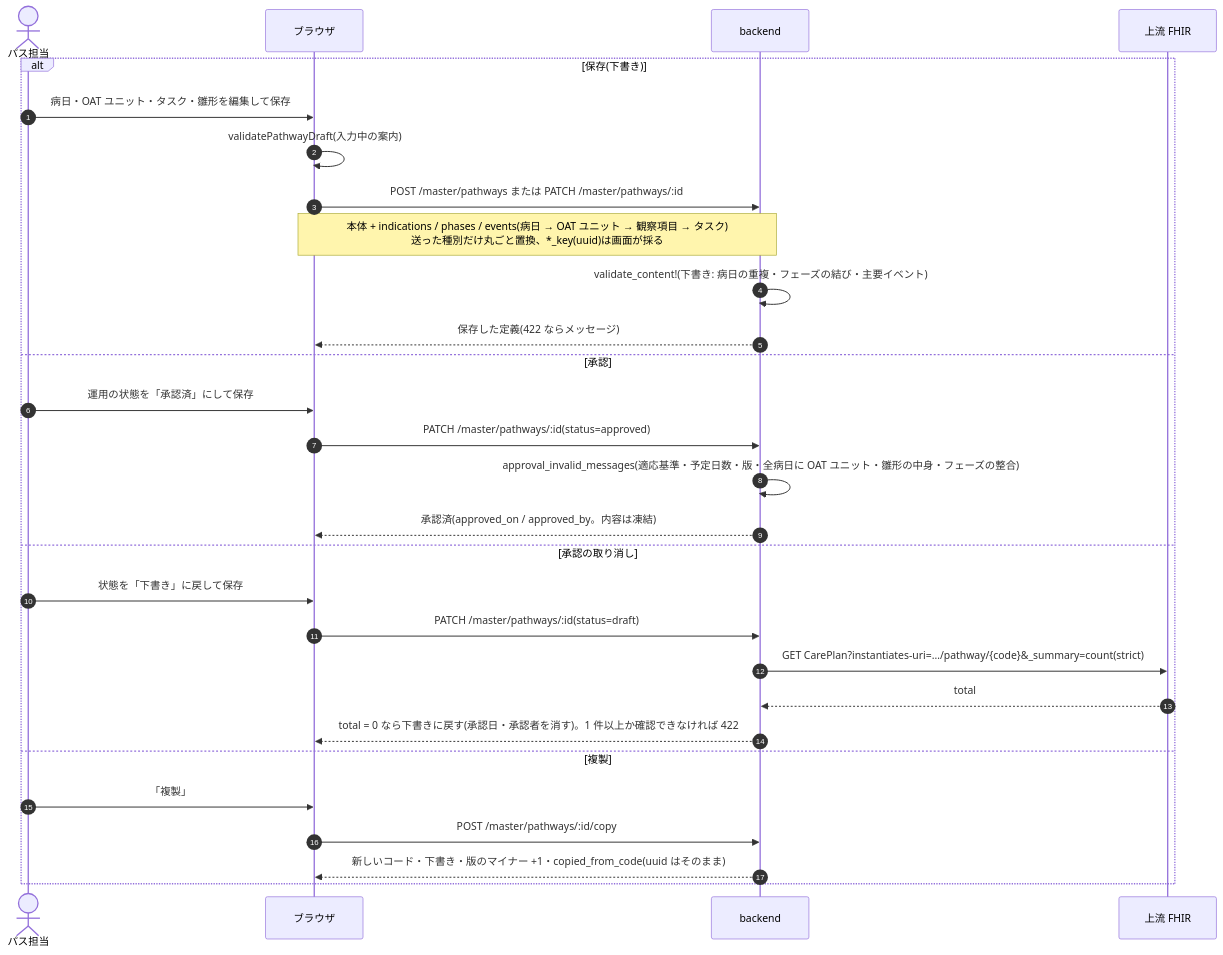
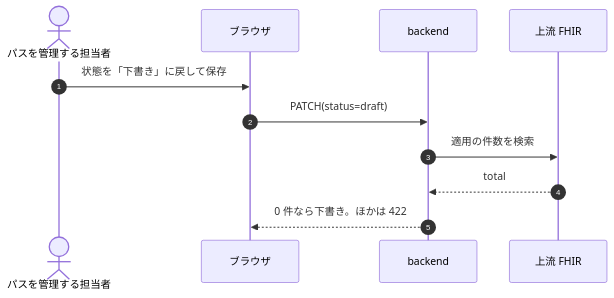
Before and after one commit to ysnr-dev/fhir-client-docs: the third of 12 diagrams in docs/dev/clinical-pathway.md, drawn with Mermaid. The commit also changed other lines of this file and 43 other files, not shown here.

Commit message:
docs: 業務フローとシーケンス図を写し直し

````diff
--- a/docs/dev/clinical-pathway.md
+++ b/docs/dev/clinical-pathway.md
@@ -70,32 +295,14 @@
 ```mermaid
 sequenceDiagram
   autonumber
-  actor Adm as パス担当
+  actor Adm as パスを管理する担当者
   participant UI as ブラウザ
   participant BE as backend
   participant FHIR as 上流 FHIR
 
-  alt 保存(下書き)
-    Adm->>UI: 病日・OAT ユニット・タスク・雛形を編集して保存
-    UI->>UI: validatePathwayDraft(入力中の案内)
-    UI->>BE: POST /master/pathways または PATCH /master/pathways/:id
-    Note over UI,BE: 本体 + indications / phases / events(病日 → OAT ユニット → 観察項目 → タスク)<br/>送った種別だけ丸ごと置換、*_key(uuid)は画面が採る
-    BE->>BE: validate_content!(下書き: 病日の重複・フェーズの結び・主要イベント)
-    BE-->>UI: 保存した定義(422 ならメッセージ)
-  else 承認
-    Adm->>UI: 運用の状態を「承認済」にして保存
-    UI->>BE: PATCH /master/pathways/:id(status=approved)
-    BE->>BE: approval_invalid_messages(適応基準・予定日数・版・全病日に OAT ユニット・雛形の中身・フェーズの整合)
-    BE-->>UI: 承認済(approved_on / approved_by。内容は凍結)
-  else 承認の取り消し
-    Adm->>UI: 状態を「下書き」に戻して保存
-    UI->>BE: PATCH /master/pathways/:id(status=draft)
-    BE->>FHIR: GET CarePlan?instantiates-uri=…/pathway/{code}&_summary=count(strict)
-    FHIR-->>BE: total
-    BE-->>UI: total = 0 なら下書きに戻す(承認日・承認者を消す)。1 件以上か確認できなければ 422
-  else 複製
-    Adm->>UI: 「複製」
-    UI->>BE: POST /master/pathways/:id/copy
-    BE-->>UI: 新しいコード・下書き・版のマイナー +1・copied_from_code(uuid はそのまま)
-  end
+  Adm->>UI: 状態を「下書き」に戻して保存
+  UI->>BE: PATCH(status=draft)
+  BE->>FHIR: 適用の件数を検索
+  FHIR-->>BE: total
+  BE-->>UI: 0 件なら下書き。ほかは 422
 ```
````
